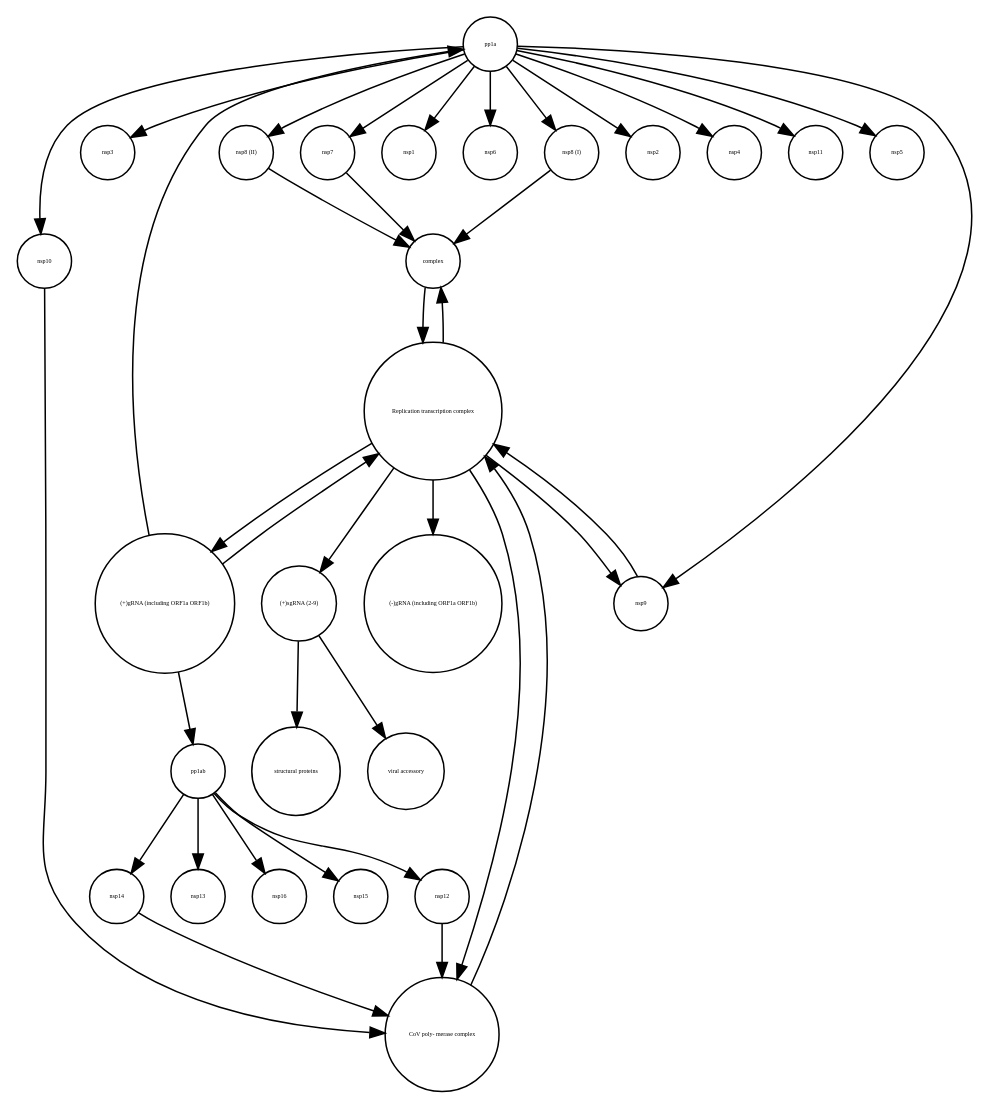
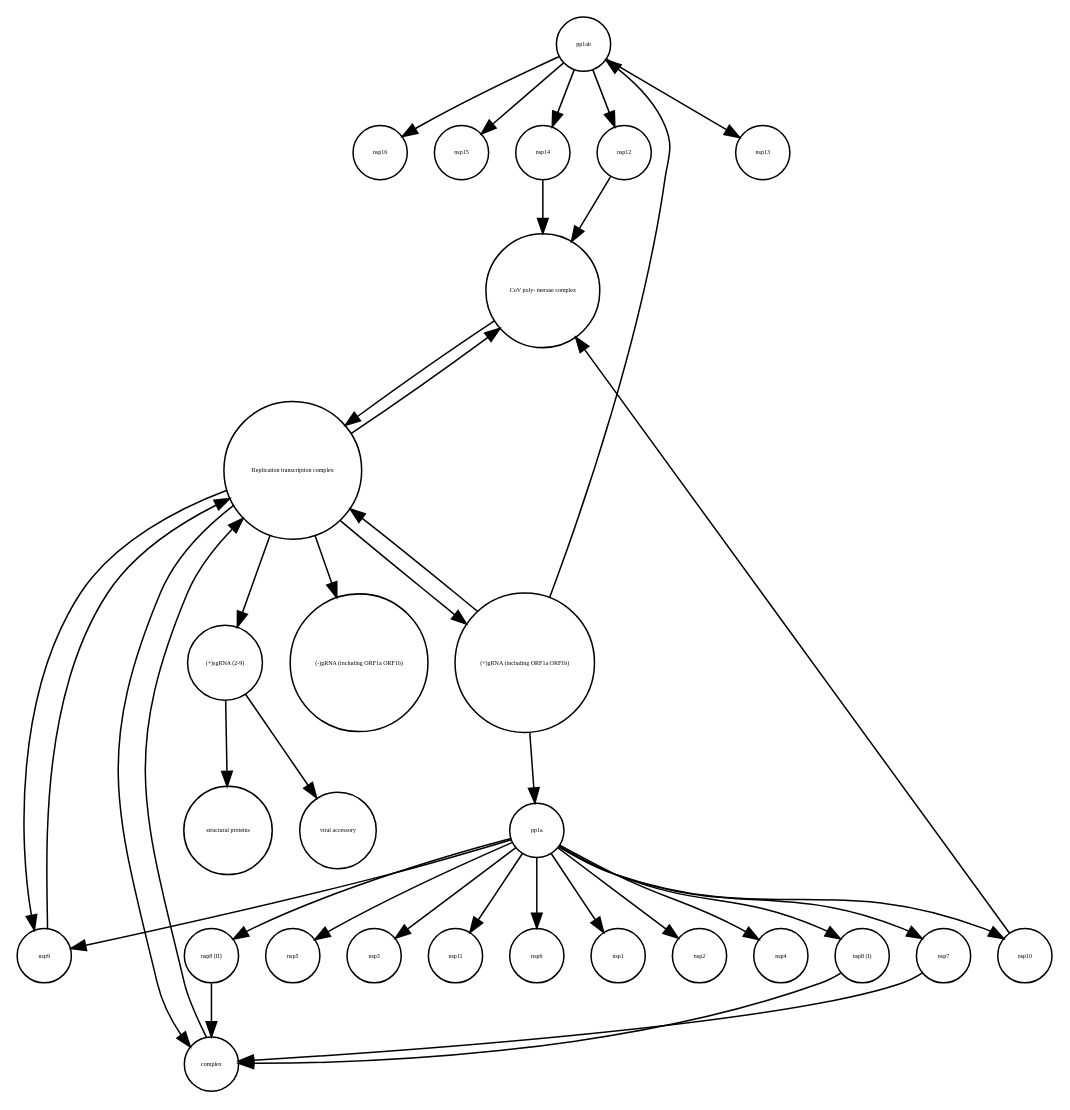
Before and after one commit to cannin/covid19-sbgn: the diagram in RTC-and-transcription-CD.xml_projected.dot, drawn with Graphviz. The commit also changed other lines of this file and 564 other files, not shown here.

```diff
--- a/RTC-and-transcription-CD.xml_projected.dot
+++ b/RTC-and-transcription-CD.xml_projected.dot
@@ -1,66 +1,66 @@
 strict digraph  {
+nsp16 [annotation="", bipartite=0, cls=macromolecule, fontsize=4, label=nsp16, shape=circle];
+nsp4 [annotation="", bipartite=0, cls=macromolecule, fontsize=4, label=nsp4, shape=circle];
+"nsp8 (I)" [annotation="", bipartite=0, cls=macromolecule, fontsize=4, label="nsp8 (I)", shape=circle];
+nsp5 [annotation="", bipartite=0, cls=macromolecule, fontsize=4, label=nsp5, shape=circle];
+"CoV poly- merase complex" [annotation="", bipartite=0, cls=complex, fontsize=4, label="CoV poly- merase complex", shape=circle];
 nsp3 [annotation="", bipartite=0, cls=macromolecule, fontsize=4, label=nsp3, shape=circle];
-nsp16 [annotation="", bipartite=0, cls=macromolecule, fontsize=4, label=nsp16, shape=circle];
+nsp11 [annotation="", bipartite=0, cls=macromolecule, fontsize=4, label=nsp11, shape=circle];
+pp1ab [annotation="", bipartite=0, cls=macromolecule, fontsize=4, label=pp1ab, shape=circle];
+nsp9 [annotation="", bipartite=0, cls=macromolecule, fontsize=4, label=nsp9, shape=circle];
 nsp15 [annotation="", bipartite=0, cls=macromolecule, fontsize=4, label=nsp15, shape=circle];
+pp1a [annotation="", bipartite=0, cls=macromolecule, fontsize=4, label=pp1a, shape=circle];
+nsp14 [annotation="", bipartite=0, cls=macromolecule, fontsize=4, label=nsp14, shape=circle];
+nsp13 [annotation="", bipartite=0, cls=macromolecule, fontsize=4, label=nsp13, shape=circle];
+"structural proteins" [annotation="", bipartite=0, cls=macromolecule, fontsize=4, label="structural proteins", shape=circle];
+"(+)sgRNA (2-9)" [annotation="", bipartite=0, cls="nucleic acid feature", fontsize=4, label="(+)sgRNA (2-9)", shape=circle];
+nsp12 [annotation="", bipartite=0, cls=macromolecule, fontsize=4, label=nsp12, shape=circle];
+"(+)gRNA (including ORF1a ORF1b)" [annotation="", bipartite=0, cls="nucleic acid feature", fontsize=4, label="(+)gRNA (including ORF1a ORF1b)", shape=circle];
 nsp7 [annotation="", bipartite=0, cls=macromolecule, fontsize=4, label=nsp7, shape=circle];
-"(+)sgRNA (2-9)" [annotation="", bipartite=0, cls="nucleic acid feature", fontsize=4, label="(+)sgRNA (2-9)", shape=circle];
-"CoV poly- merase complex" [annotation="", bipartite=0, cls=complex, fontsize=4, label="CoV poly- merase complex", shape=circle];
+"viral accessory" [annotation="", bipartite=0, cls=macromolecule, fontsize=4, label="viral accessory", shape=circle];
+nsp6 [annotation="", bipartite=0, cls=macromolecule, fontsize=4, label=nsp6, shape=circle];
+nsp10 [annotation="", bipartite=0, cls=macromolecule, fontsize=4, label=nsp10, shape=circle];
+"(-)gRNA (including ORF1a ORF1b)" [annotation="", bipartite=0, cls="nucleic acid feature", fontsize=4, label="(-)gRNA (including ORF1a ORF1b)", shape=circle];
+"nsp8 (II)" [annotation="", bipartite=0, cls=macromolecule, fontsize=4, label="nsp8 (II)", shape=circle];
+"Replication transcription complex " [annotation="", bipartite=0, cls=complex, fontsize=4, label="Replication transcription complex ", shape=circle];
 complex [annotation="", bipartite=0, cls=complex, fontsize=4, label=complex, shape=circle];
-pp1ab [annotation="", bipartite=0, cls=macromolecule, fontsize=4, label=pp1ab, shape=circle];
-nsp14 [annotation="", bipartite=0, cls=macromolecule, fontsize=4, label=nsp14, shape=circle];
-nsp10 [annotation="", bipartite=0, cls=macromolecule, fontsize=4, label=nsp10, shape=circle];
-"viral accessory" [annotation="", bipartite=0, cls=macromolecule, fontsize=4, label="viral accessory", shape=circle];
-nsp12 [annotation="", bipartite=0, cls=macromolecule, fontsize=4, label=nsp12, shape=circle];
-"nsp8 (II)" [annotation="", bipartite=0, cls=macromolecule, fontsize=4, label="nsp8 (II)", shape=circle];
-"structural proteins" [annotation="", bipartite=0, cls=macromolecule, fontsize=4, label="structural proteins", shape=circle];
-"(-)gRNA (including ORF1a ORF1b)" [annotation="", bipartite=0, cls="nucleic acid feature", fontsize=4, label="(-)gRNA (including ORF1a ORF1b)", shape=circle];
-"(+)gRNA (including ORF1a ORF1b)" [annotation="", bipartite=0, cls="nucleic acid feature", fontsize=4, label="(+)gRNA (including ORF1a ORF1b)", shape=circle];
 nsp1 [annotation="", bipartite=0, cls=macromolecule, fontsize=4, label=nsp1, shape=circle];
-nsp6 [annotation="", bipartite=0, cls=macromolecule, fontsize=4, label=nsp6, shape=circle];
-nsp9 [annotation="", bipartite=0, cls=macromolecule, fontsize=4, label=nsp9, shape=circle];
 nsp2 [annotation="", bipartite=0, cls=macromolecule, fontsize=4, label=nsp2, shape=circle];
-nsp4 [annotation="", bipartite=0, cls=macromolecule, fontsize=4, label=nsp4, shape=circle];
-nsp11 [annotation="", bipartite=0, cls=macromolecule, fontsize=4, label=nsp11, shape=circle];
-nsp5 [annotation="", bipartite=0, cls=macromolecule, fontsize=4, label=nsp5, shape=circle];
-"Replication transcription complex " [annotation="", bipartite=0, cls=complex, fontsize=4, label="Replication transcription complex ", shape=circle];
-pp1a [annotation="", bipartite=0, cls=macromolecule, fontsize=4, label=pp1a, shape=circle];
-"nsp8 (I)" [annotation="", bipartite=0, cls=macromolecule, fontsize=4, label="nsp8 (I)", shape=circle];
-nsp13 [annotation="", bipartite=0, cls=macromolecule, fontsize=4, label=nsp13, shape=circle];
-nsp7 -> complex  [annotation="", interaction_type=production];
+"nsp8 (I)" -> complex  [annotation="", interaction_type=production];
+"CoV poly- merase complex" -> "Replication transcription complex "  [annotation="", interaction_type=production];
+pp1ab -> nsp15  [annotation="", interaction_type=production];
+pp1ab -> nsp16  [annotation="", interaction_type=production];
+pp1ab -> nsp14  [annotation="", interaction_type=production];
+pp1ab -> nsp13  [annotation="", interaction_type=production];
+pp1ab -> nsp12  [annotation="", interaction_type=production];
+nsp9 -> "Replication transcription complex "  [annotation="", interaction_type=production];
+pp1a -> nsp11  [annotation="", interaction_type=production];
+pp1a -> nsp9  [annotation="", interaction_type=production];
+pp1a -> nsp7  [annotation="", interaction_type=production];
+pp1a -> "nsp8 (II)"  [annotation="", interaction_type=production];
+pp1a -> nsp6  [annotation="", interaction_type=production];
+pp1a -> nsp4  [annotation="", interaction_type=production];
+pp1a -> "nsp8 (I)"  [annotation="", interaction_type=production];
+pp1a -> nsp1  [annotation="", interaction_type=production];
+pp1a -> nsp2  [annotation="", interaction_type=production];
+pp1a -> nsp5  [annotation="", interaction_type=production];
+pp1a -> nsp10  [annotation="", interaction_type=production];
+pp1a -> nsp3  [annotation="", interaction_type=production];
+nsp14 -> "CoV poly- merase complex"  [annotation="", interaction_type=production];
 "(+)sgRNA (2-9)" -> "structural proteins"  [annotation="", interaction_type="necessary stimulation"];
 "(+)sgRNA (2-9)" -> "viral accessory"  [annotation="", interaction_type="necessary stimulation"];
-"CoV poly- merase complex" -> "Replication transcription complex "  [annotation="", interaction_type=production];
-complex -> "Replication transcription complex "  [annotation="", interaction_type=production];
-pp1ab -> nsp14  [annotation="", interaction_type=production];
-pp1ab -> nsp16  [annotation="", interaction_type=production];
-pp1ab -> nsp15  [annotation="", interaction_type=production];
-pp1ab -> nsp12  [annotation="", interaction_type=production];
-pp1ab -> nsp13  [annotation="", interaction_type=production];
-nsp14 -> "CoV poly- merase complex"  [annotation="", interaction_type=production];
+nsp12 -> "CoV poly- merase complex"  [annotation="", interaction_type=production];
+"(+)gRNA (including ORF1a ORF1b)" -> pp1ab  [annotation="", interaction_type="necessary stimulation"];
+"(+)gRNA (including ORF1a ORF1b)" -> "Replication transcription complex "  [annotation="", interaction_type=production];
+"(+)gRNA (including ORF1a ORF1b)" -> pp1a  [annotation="", interaction_type="necessary stimulation"];
+nsp7 -> complex  [annotation="", interaction_type=production];
 nsp10 -> "CoV poly- merase complex"  [annotation="", interaction_type=production];
-nsp12 -> "CoV poly- merase complex"  [annotation="", interaction_type=production];
 "nsp8 (II)" -> complex  [annotation="", interaction_type=production];
-"(+)gRNA (including ORF1a ORF1b)" -> pp1ab  [annotation="", interaction_type="necessary stimulation"];
-"(+)gRNA (including ORF1a ORF1b)" -> pp1a  [annotation="", interaction_type="necessary stimulation"];
-"(+)gRNA (including ORF1a ORF1b)" -> "Replication transcription complex "  [annotation="", interaction_type=production];
-nsp9 -> "Replication transcription complex "  [annotation="", interaction_type=production];
 "Replication transcription complex " -> "(+)sgRNA (2-9)"  [annotation="", interaction_type="necessary stimulation"];
-"Replication transcription complex " -> "CoV poly- merase complex"  [annotation="", interaction_type=production];
-"Replication transcription complex " -> "(-)gRNA (including ORF1a ORF1b)"  [annotation="", interaction_type=production];
-"Replication transcription complex " -> complex  [annotation="", interaction_type=production];
 "Replication transcription complex " -> "(+)gRNA (including ORF1a ORF1b)"  [annotation="", interaction_type=production];
 "Replication transcription complex " -> nsp9  [annotation="", interaction_type=production];
-pp1a -> nsp3  [annotation="", interaction_type=production];
-pp1a -> nsp2  [annotation="", interaction_type=production];
-pp1a -> nsp10  [annotation="", interaction_type=production];
-pp1a -> nsp7  [annotation="", interaction_type=production];
-pp1a -> nsp4  [annotation="", interaction_type=production];
-pp1a -> nsp11  [annotation="", interaction_type=production];
-pp1a -> nsp5  [annotation="", interaction_type=production];
-pp1a -> nsp1  [annotation="", interaction_type=production];
-pp1a -> "nsp8 (I)"  [annotation="", interaction_type=production];
-pp1a -> "nsp8 (II)"  [annotation="", interaction_type=production];
-pp1a -> nsp6  [annotation="", interaction_type=production];
-pp1a -> nsp9  [annotation="", interaction_type=production];
-"nsp8 (I)" -> complex  [annotation="", interaction_type=production];
+"Replication transcription complex " -> complex  [annotation="", interaction_type=production];
+"Replication transcription complex " -> "(-)gRNA (including ORF1a ORF1b)"  [annotation="", interaction_type=production];
+"Replication transcription complex " -> "CoV poly- merase complex"  [annotation="", interaction_type=production];
+complex -> "Replication transcription complex "  [annotation="", interaction_type=production];
 }
```
